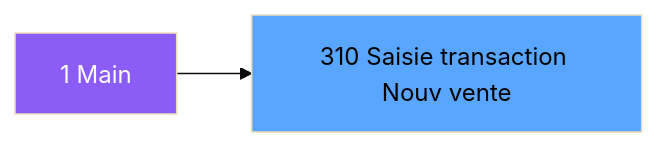
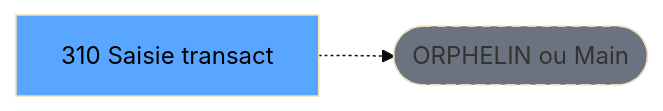
One commit to thonyAGP/lecteur-magic changed the second of 3 diagrams in .openspec/renders/ADH-IDE-310.md. Above: the diagram before and after it, drawn with Mermaid (base theme). The commit also changed other lines of this file and 701 other files, not shown here.

````diff
--- a/.openspec/renders/ADH-IDE-310.md
+++ b/.openspec/renders/ADH-IDE-310.md
@@ -162,8 +145,8 @@
 ```mermaid
 graph LR
-    M[1 Main]
-    T[310 Saisie transaction Nouv vente]
-    M --> T
-    style M fill:#8b5cf6,color:#fff
+    T[310 Saisie transact]
+    ORPHAN([ORPHELIN ou Main])
+    T -.-> ORPHAN
     style T fill:#58a6ff,color:#000
+    style ORPHAN fill:#6b7280,stroke-dasharray: 5 5
 ```
````
